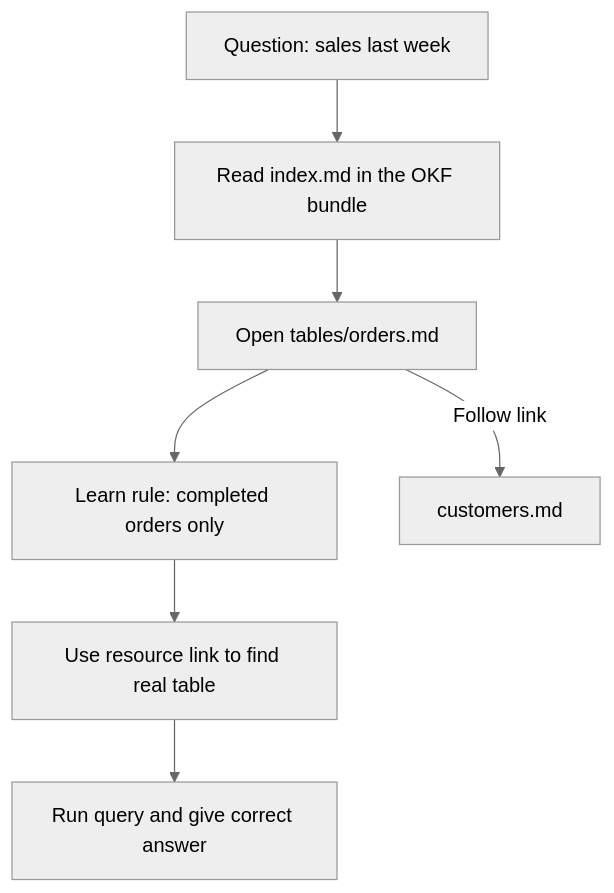
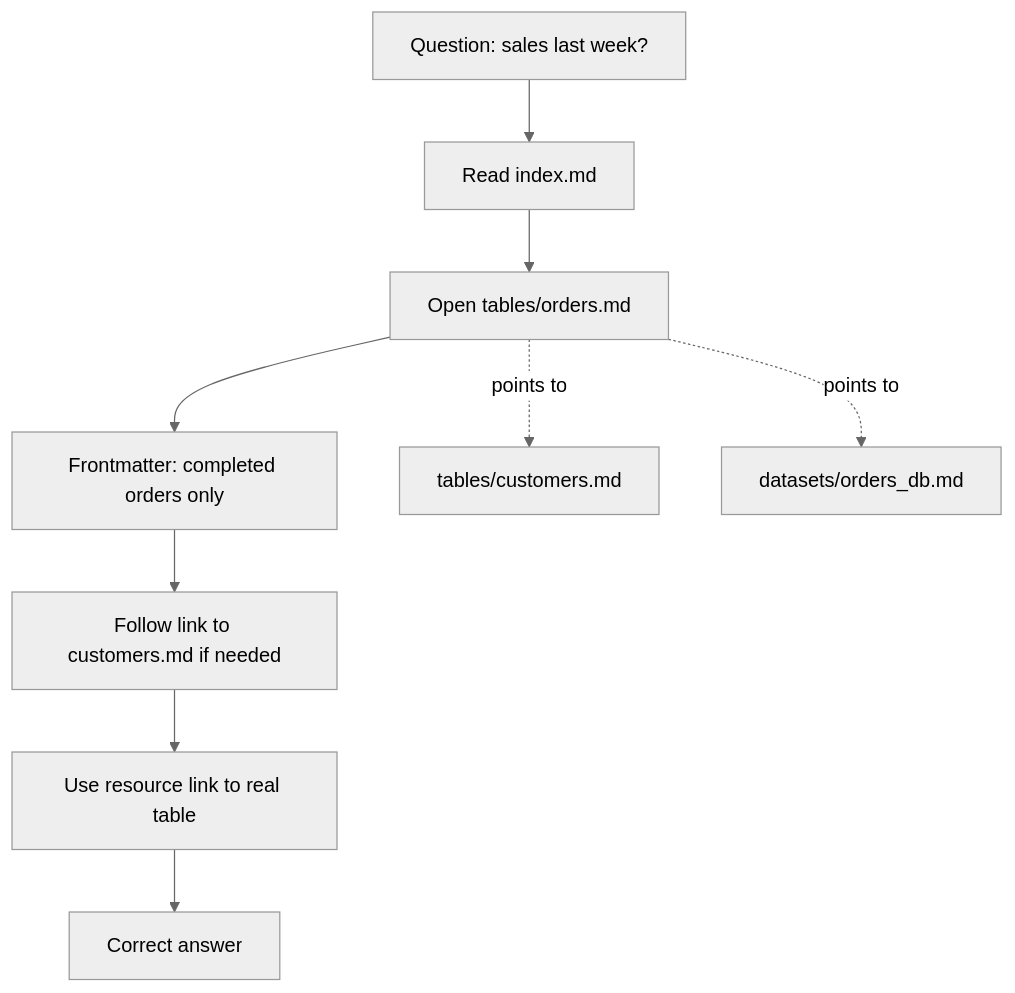
The second of 2 diagrams in notes/step-10-ai-agents-and-agentic-systems/129-what-is-okf-open-knowledge-format.md (kaisarnajar/outcome-school-blogs), drawn with Mermaid (neutral theme) before and after one commit. The commit also changed other lines of this file and 233 other files, not shown here.

````diff
--- a/notes/step-10-ai-agents-and-agentic-systems/129-what-is-okf-open-knowledge-format.md
+++ b/notes/step-10-ai-agents-and-agentic-systems/129-what-is-okf-open-knowledge-format.md
@@ -51,9 +83,11 @@
 ```mermaid
 flowchart TD
-    Q["Question: sales last week"] --> I["Read index.md in the OKF bundle"]
-    I --> O["Open tables/orders.md"]
-    O --> R["Learn rule: completed orders only"]
-    O -->|"Follow link"| C["customers.md"]
-    R --> T["Use resource link to find real table"]
-    T --> A["Run query and give correct answer"]
+    Q["Question: sales last week?"] --> I["Read index.md"]
+    I --> T["Open tables/orders.md"]
+    T --> F["Frontmatter: completed orders only"]
+    F --> L["Follow link to customers.md if needed"]
+    L --> R["Use resource link to real table"]
+    R --> A["Correct answer"]
+    T -.->|"points to"| C["tables/customers.md"]
+    T -.->|"points to"| D["datasets/orders_db.md"]
 ```
````
